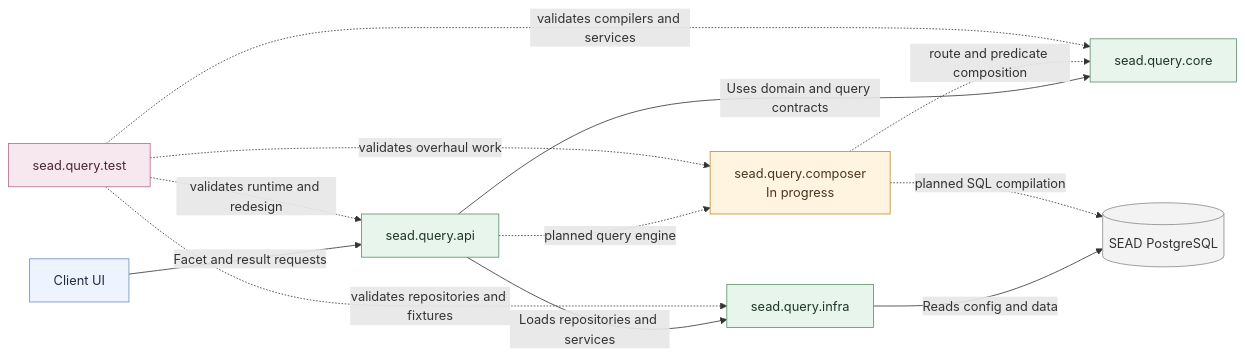
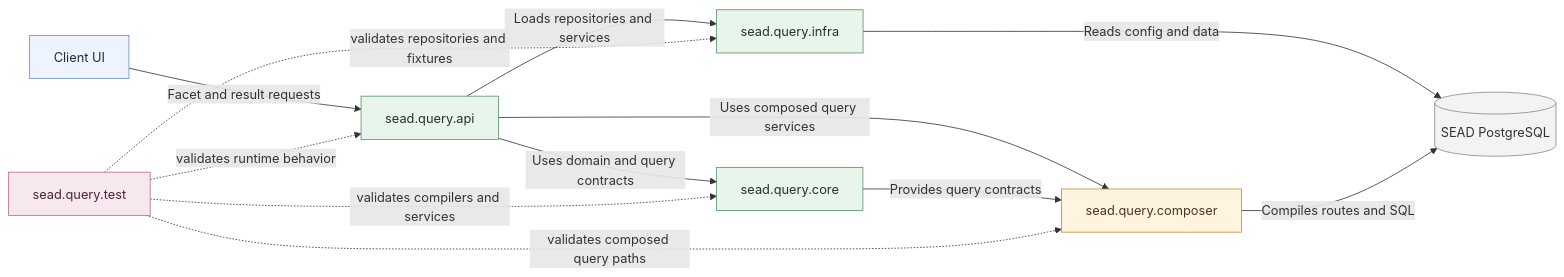
The first of 12 diagrams in docs/DIAGRAMS.md (humlab-sead/sead_query_api), drawn with Mermaid before and after one commit. The commit also changed other lines of this file, not shown here.

Commit message:
refactor: update architecture diagrams and descriptions to align with current application flows and query-engine overhaul

````diff
--- a/docs/DIAGRAMS.md
+++ b/docs/DIAGRAMS.md
@@ -15,34 +15,34 @@
 ```mermaid
 flowchart LR
     Client[Client UI]
     Api[sead.query.api]
     Core[sead.query.core]
     Infra[sead.query.infra]
-    Composer[sead.query.composer\nIn progress]
+    Composer[sead.query.composer]
     Db[(SEAD PostgreSQL)]
     Tests[sead.query.test]
 
     Client -->|Facet and result requests| Api
     Api -->|Uses domain and query contracts| Core
+    Api -->|Uses composed query services| Composer
     Api -->|Loads repositories and services| Infra
+    Core -->|Provides query contracts| Composer
     Infra -->|Reads config and data| Db
-    Api -. planned query engine .-> Composer
-    Composer -. route and predicate composition .-> Core
-    Composer -. planned SQL compilation .-> Db
-    Tests -. validates runtime and redesign .-> Api
+    Composer -->|Compiles routes and SQL| Db
+    Tests -. validates runtime behavior .-> Api
     Tests -. validates compilers and services .-> Core
     Tests -. validates repositories and fixtures .-> Infra
-    Tests -. validates overhaul work .-> Composer
+    Tests -. validates composed query paths .-> Composer
 
     classDef edge fill:#edf3ff,stroke:#6c8ebf,color:#1f2d3d;
     classDef runtime fill:#e8f5ec,stroke:#5b8f6a,color:#1f3527;
-    classDef planned fill:#fff4df,stroke:#c28b2c,color:#4a3620;
+    classDef compose fill:#fff4df,stroke:#c28b2c,color:#4a3620;
     classDef store fill:#f3f3f3,stroke:#8a8a8a,color:#333333;
     classDef test fill:#f7e8f0,stroke:#b56a8a,color:#472734;
 
     class Client edge;
     class Api,Core,Infra runtime;
-    class Composer planned;
+    class Composer compose;
     class Db store;
     class Tests test;
 ```
````
